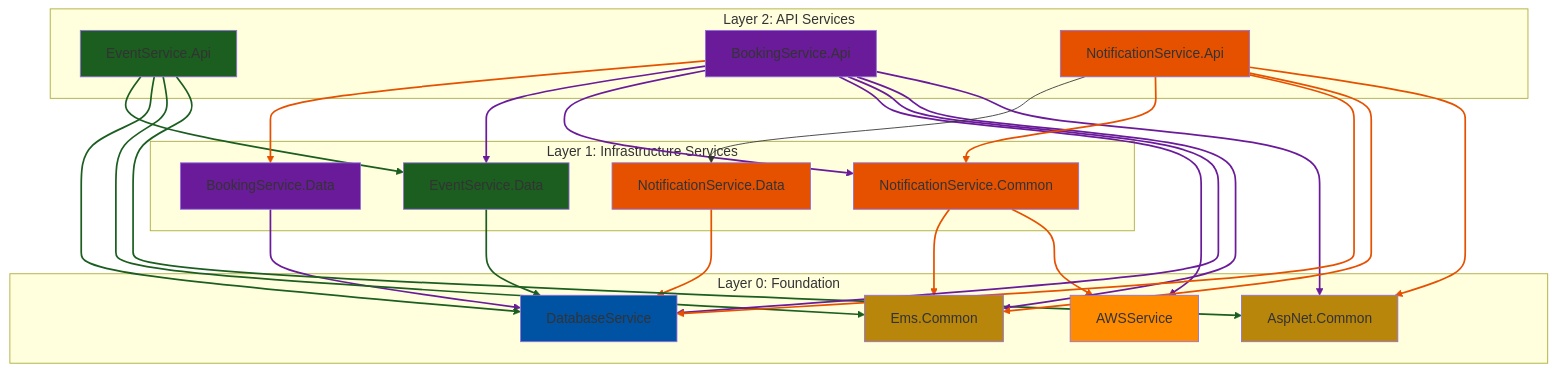
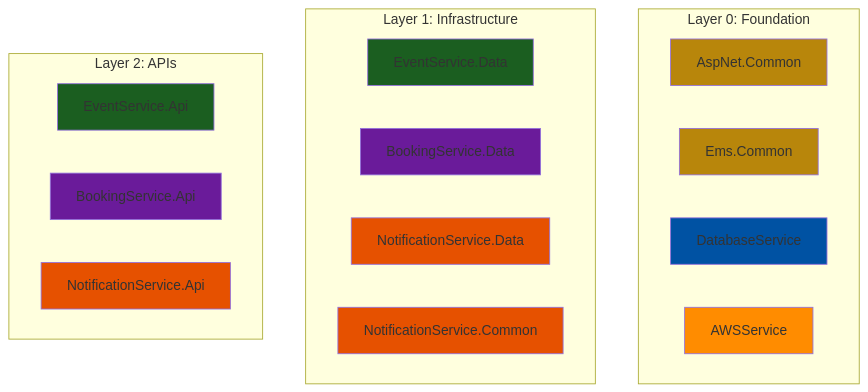
Before and after one commit to Quanmuito/event-managent-solution-dotnet: the diagram in README.md, drawn with Mermaid. The commit also changed other lines of this file and 1 other file, not shown here.

Commit message:
update documents

````diff
--- a/README.md
+++ b/README.md
@@ -77,80 +80,34 @@
 ```mermaid
 graph TB
     subgraph Layer0["Layer 0: Foundation"]
+        AspNet_Common[AspNet.Common]
+        Ems_Common[Ems.Common]
         DatabaseService[DatabaseService]
-        AspNet_Common[AspNet.Common]
         AWSService[AWSService]
-        Ems_Common[Ems.Common]
     end
 
-    subgraph Layer1["Layer 1: Infrastructure Services"]
-        NotificationService_Common[NotificationService.Common]
-        NotificationService_Data[NotificationService.Data]
+    subgraph Layer1["Layer 1: Infrastructure"]
         EventService_Data[EventService.Data]
         BookingService_Data[BookingService.Data]
+        NotificationService_Data[NotificationService.Data]
+        NotificationService_Common[NotificationService.Common]
     end
 
-    subgraph Layer2["Layer 2: API Services"]
+    subgraph Layer2["Layer 2: APIs"]
         EventService_Api[EventService.Api]
         BookingService_Api[BookingService.Api]
         NotificationService_Api[NotificationService.Api]
     end
-
-    NotificationService_Common --> AWSService
-    NotificationService_Common --> Ems_Common
-    NotificationService_Data --> DatabaseService
-    EventService_Data --> DatabaseService
-    BookingService_Data --> DatabaseService
-
-    EventService_Api --> AspNet_Common
-    EventService_Api --> Ems_Common
-    EventService_Api --> DatabaseService
-    EventService_Api --> EventService_Data
-
-    BookingService_Api --> AspNet_Common
-    BookingService_Api --> Ems_Common
-    BookingService_Api --> DatabaseService
-    BookingService_Api --> AWSService
-    BookingService_Api --> NotificationService_Common
-    BookingService_Api --> EventService_Data
-    BookingService_Api --> BookingService_Data
-
-    NotificationService_Api --> AspNet_Common
-    NotificationService_Api --> Ems_Common
-    NotificationService_Api --> DatabaseService
-    NotificationService_Api --> NotificationService_Common
-    NotificationService_Api --> NotificationService_Data
 
     style DatabaseService fill:#0052a3
     style AspNet_Common fill:#b8860b
     style AWSService fill:#ff8c00
     style NotificationService_Common fill:#e65100
     style NotificationService_Data fill:#e65100
     style NotificationService_Api fill:#e65100
     style Ems_Common fill:#b8860b
     style EventService_Data fill:#1b5e20
     style EventService_Api fill:#1b5e20
     style BookingService_Data fill:#6a1b9a
     style BookingService_Api fill:#6a1b9a
-
-    linkStyle 0 stroke:#e65100,stroke-width:2px
-    linkStyle 1 stroke:#e65100,stroke-width:2px
-    linkStyle 2 stroke:#e65100,stroke-width:2px
-    linkStyle 3 stroke:#1b5e20,stroke-width:2px
-    linkStyle 4 stroke:#6a1b9a,stroke-width:2px
-    linkStyle 5 stroke:#1b5e20,stroke-width:2px
-    linkStyle 6 stroke:#1b5e20,stroke-width:2px
-    linkStyle 7 stroke:#1b5e20,stroke-width:2px
-    linkStyle 8 stroke:#1b5e20,stroke-width:2px
-    linkStyle 9 stroke:#6a1b9a,stroke-width:2px
-    linkStyle 10 stroke:#6a1b9a,stroke-width:2px
-    linkStyle 11 stroke:#6a1b9a,stroke-width:2px
-    linkStyle 12 stroke:#6a1b9a,stroke-width:2px
-    linkStyle 13 stroke:#6a1b9a,stroke-width:2px
-    linkStyle 14 stroke:#6a1b9a,stroke-width:2px
-    linkStyle 15 stroke:#e65100,stroke-width:2px
-    linkStyle 16 stroke:#e65100,stroke-width:2px
-    linkStyle 17 stroke:#e65100,stroke-width:2px
-    linkStyle 18 stroke:#e65100,stroke-width:2px
-    linkStyle 19 stroke:#e65100,stroke-width:2px
 ```
````
